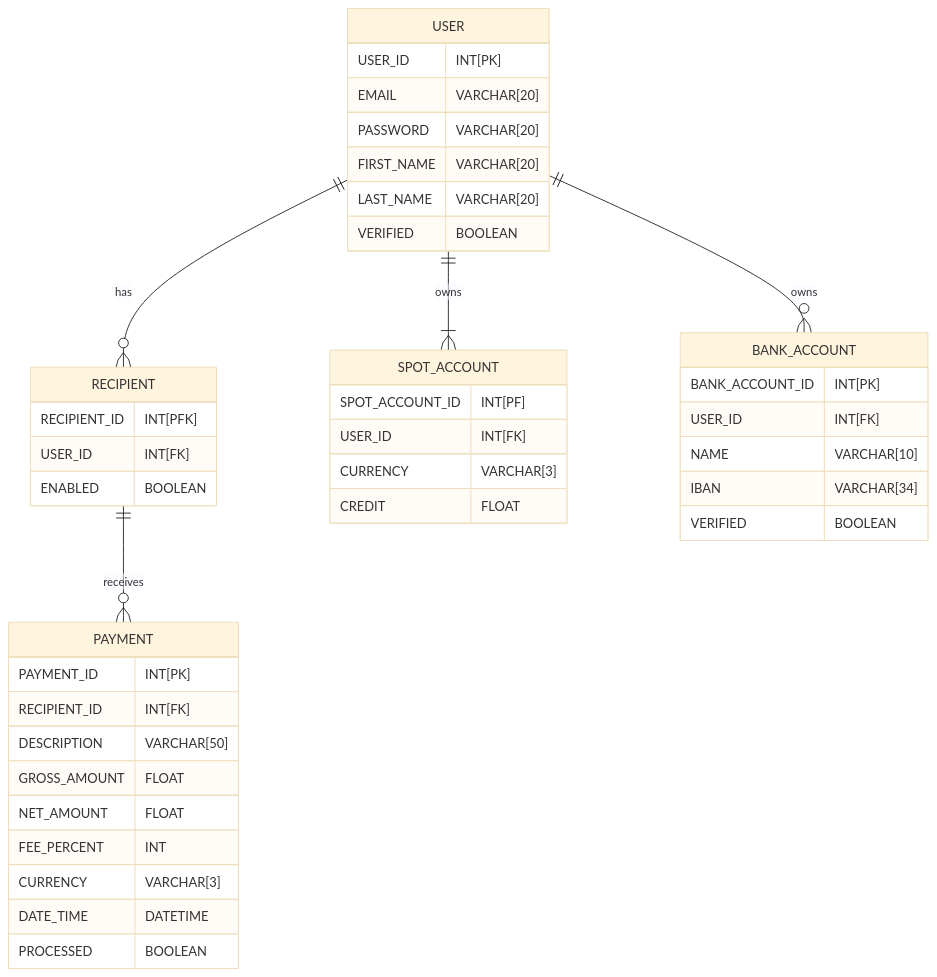
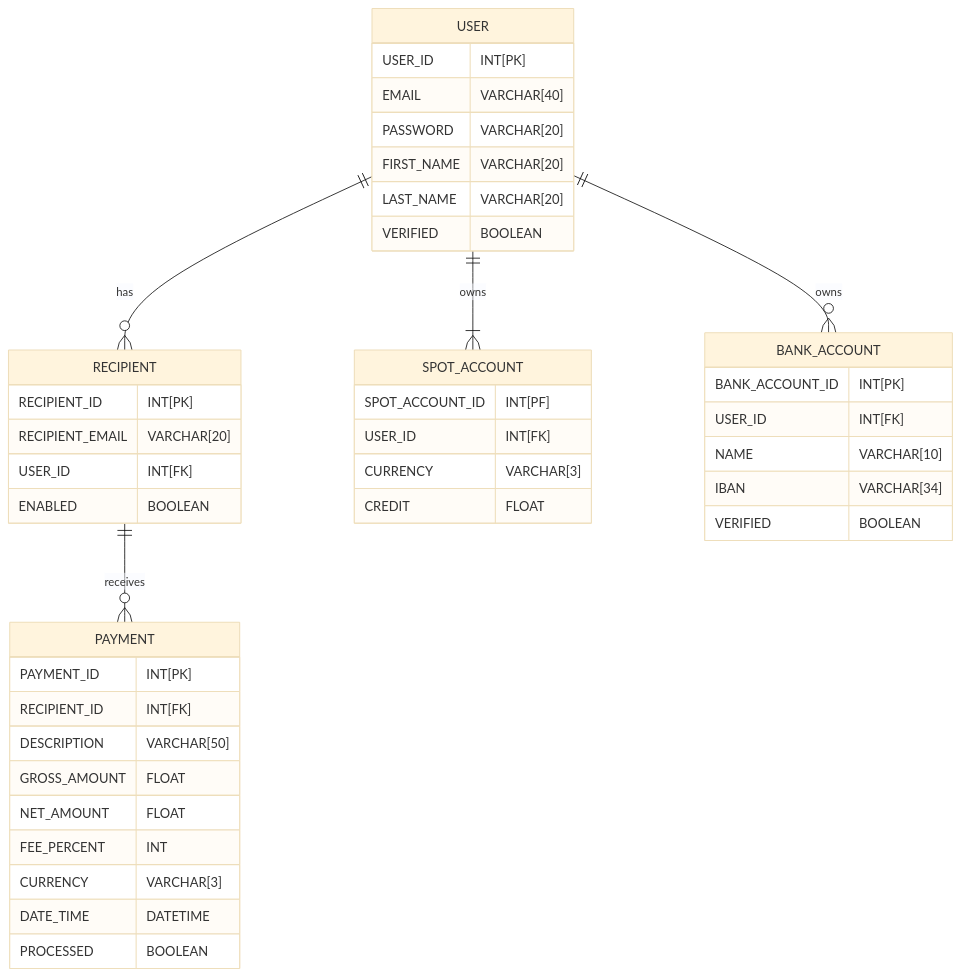
Before and after one commit to mactepluke/pmb: the second of 2 diagrams in README.md, drawn with Mermaid (base theme). The commit also changed 20 other files, not shown here.

````diff
--- a/README.md
+++ b/README.md
@@ -51,47 +51,48 @@
 ```mermaid
 erDiagram
     USER ||--o{ RECIPIENT : "has"
     USER ||--|{ SPOT_ACCOUNT : owns
     RECIPIENT ||--o{ PAYMENT : receives
     USER ||--o{ BANK_ACCOUNT : owns
 
     USER {
         USER_ID INT[PK]
-        EMAIL VARCHAR[20]
+        EMAIL VARCHAR[40]
         PASSWORD VARCHAR[20]
         FIRST_NAME VARCHAR[20]
         LAST_NAME VARCHAR[20]
         VERIFIED BOOLEAN
 }
 SPOT_ACCOUNT {
     SPOT_ACCOUNT_ID INT[PF]
     USER_ID INT[FK]
     CURRENCY VARCHAR[3]
     CREDIT FLOAT
 }
 RECIPIENT  {
-    RECIPIENT_ID INT[PFK]
+    RECIPIENT_ID INT[PK]
+    RECIPIENT_EMAIL VARCHAR[20]
     USER_ID INT[FK]
     ENABLED BOOLEAN
 }
 
 BANK_ACCOUNT    {
     BANK_ACCOUNT_ID INT[PK]
     USER_ID INT[FK]
     NAME VARCHAR[10]
     IBAN VARCHAR[34]
     VERIFIED BOOLEAN
 }
 
 PAYMENT {
     PAYMENT_ID INT[PK]
     RECIPIENT_ID INT[FK]
     DESCRIPTION VARCHAR[50]
     GROSS_AMOUNT FLOAT
     NET_AMOUNT FLOAT
     FEE_PERCENT INT
     CURRENCY VARCHAR[3]
     DATE_TIME DATETIME
     PROCESSED BOOLEAN
 }
 ```
````
